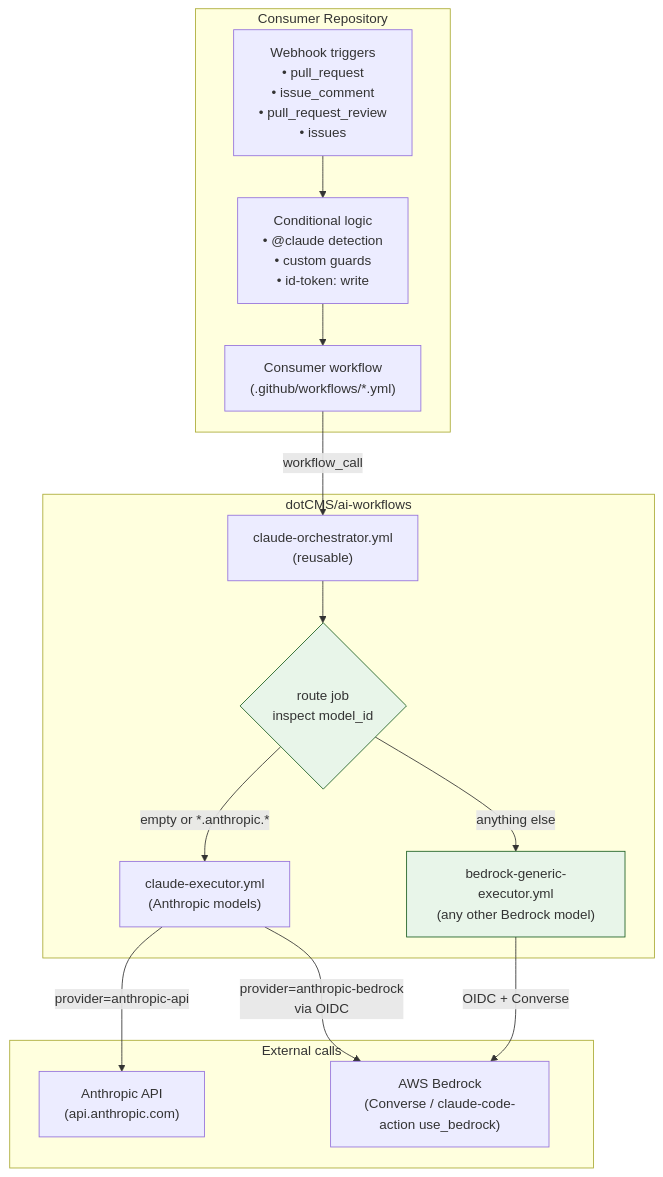
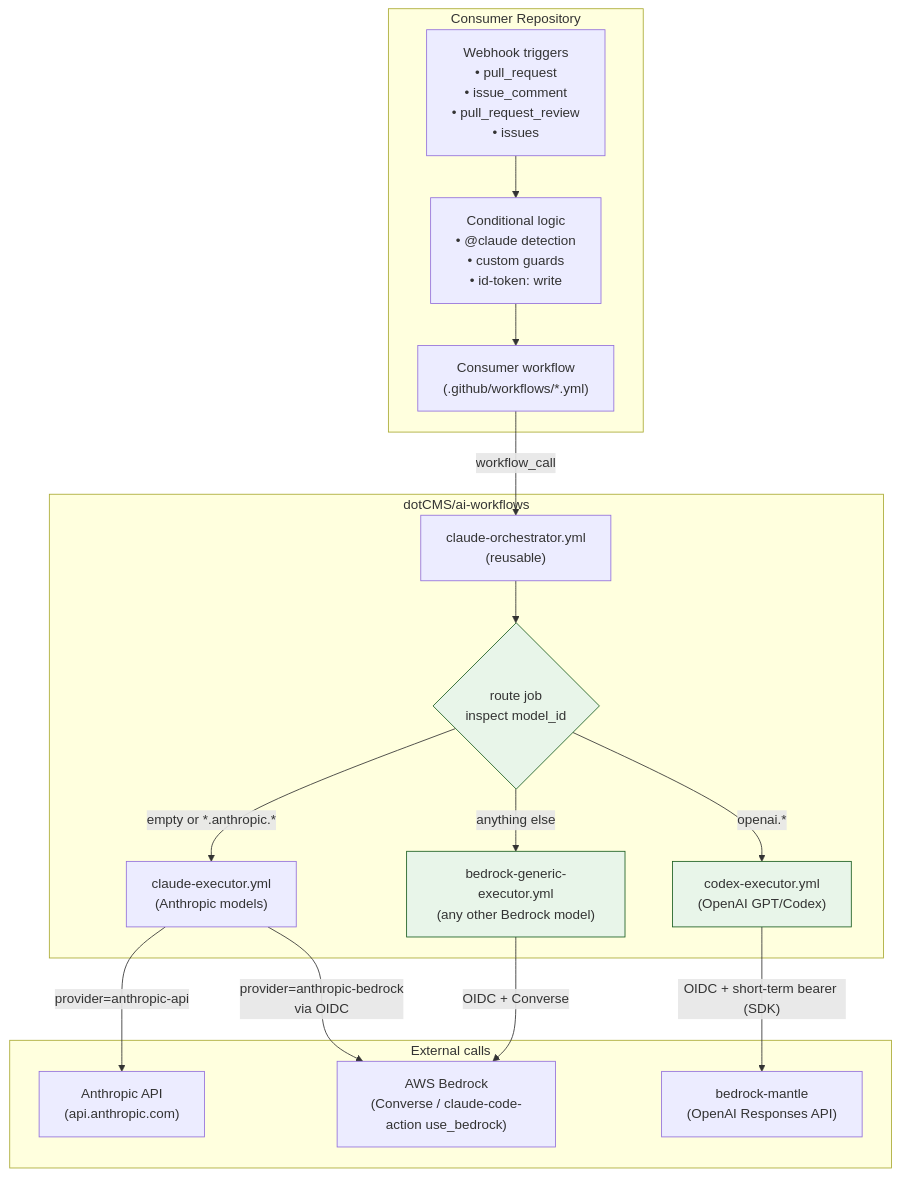
Before and after one commit to dotCMS/ai-workflows: the second of 2 diagrams in ARCHITECTURE.md, drawn with Mermaid. The commit also changed other lines of this file and 3 other files, not shown here.

First line of the commit message:
feat: add codex executor for OpenAI GPT/Codex via bedrock-mantle (#31)

````diff
--- a/ARCHITECTURE.md
+++ b/ARCHITECTURE.md
@@ -70,33 +70,37 @@
 ```mermaid
 flowchart TD
     subgraph consumer["Consumer Repository"]
         consumer_wf["Consumer workflow<br/>(.github/workflows/*.yml)"]
         triggers["Webhook triggers<br/>• pull_request<br/>• issue_comment<br/>• pull_request_review<br/>• issues"]
         cond["Conditional logic<br/>• @claude detection<br/>• custom guards<br/>• id-token: write"]
         triggers --> cond --> consumer_wf
     end
 
     subgraph this_repo["dotCMS/ai-workflows"]
         orch["claude-orchestrator.yml<br/>(reusable)"]
         route{"route job<br/>inspect model_id"}
         claude_exec["claude-executor.yml<br/>(Anthropic models)"]
         generic_exec["bedrock-generic-executor.yml<br/>(any other Bedrock model)"]
+        codex_exec["codex-executor.yml<br/>(OpenAI GPT/Codex)"]
 
         orch --> route
         route -->|"empty or *.anthropic.*"| claude_exec
+        route -->|"openai.*"| codex_exec
         route -->|"anything else"| generic_exec
     end
 
     subgraph upstreams["External calls"]
         anth_api["Anthropic API<br/>(api.anthropic.com)"]
         bedrock["AWS Bedrock<br/>(Converse / claude-code-action use_bedrock)"]
+        mantle["bedrock-mantle<br/>(OpenAI Responses API)"]
     end
 
     consumer_wf -->|"workflow_call"| orch
     claude_exec -->|"provider=anthropic-api"| anth_api
     claude_exec -->|"provider=anthropic-bedrock<br/>via OIDC"| bedrock
     generic_exec -->|"OIDC + Converse"| bedrock
+    codex_exec -->|"OIDC + short-term bearer (SDK)"| mantle
 
     classDef new fill:#e8f5e9,stroke:#1b5e20,stroke-width:1px
-    class generic_exec,route new
+    class generic_exec,route,codex_exec new
 ```
````
